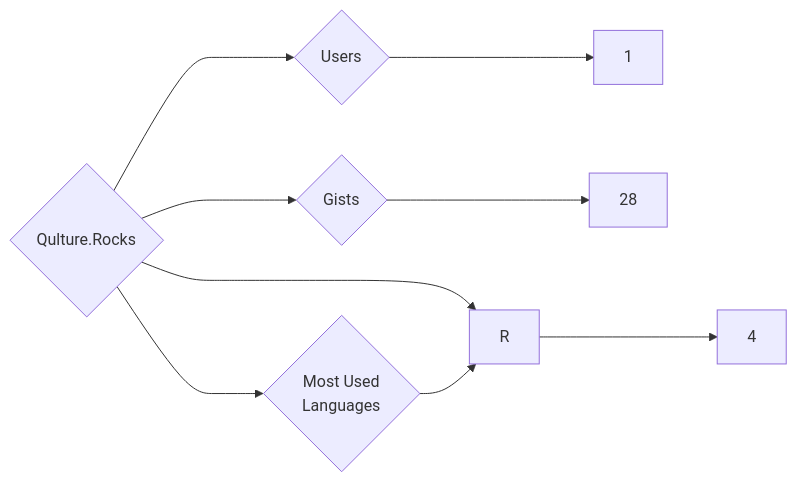
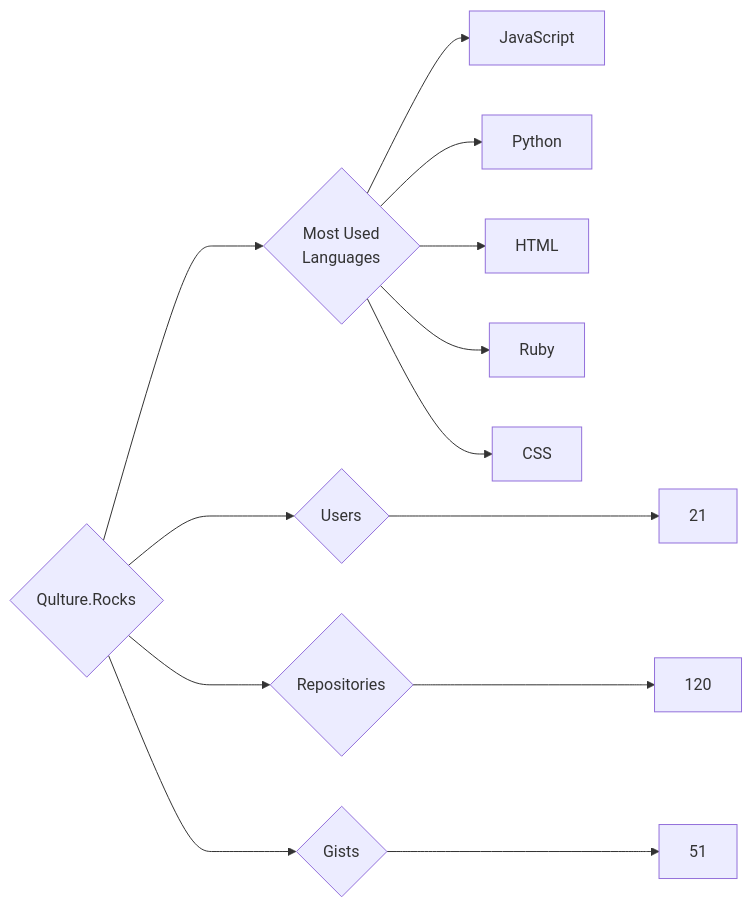
The diagram in targets/Qulture.Rocks/README.md (trickest/insiders), drawn with Mermaid before and after one commit. The commit also changed 955 other files, not shown here.

````diff
--- a/targets/Qulture.Rocks/README.md
+++ b/targets/Qulture.Rocks/README.md
@@ -3,9 +3,13 @@
 ```mermaid
 graph LR
 COMPANY_NAME{Qulture.Rocks}
-COMPANY_NAME ---> U{Users} ---> UN[1]
-COMPANY_NAME ---> R{Repositories} ---> RN[4]
-COMPANY_NAME ---> G{Gists} ---> GN[28]
+COMPANY_NAME ---> U{Users} ---> UN[21]
+COMPANY_NAME ---> R{Repositories} ---> RN[120]
+COMPANY_NAME ---> G{Gists} ---> GN[51]
 COMPANY_NAME ---> ML{Most Used<br>Languages}
-ML --> R[R]
+ML --> JavaScript[JavaScript]
+ML --> Python[Python]
+ML --> HTML[HTML]
+ML --> Ruby[Ruby]
+ML --> CSS[CSS]
 ```
````
